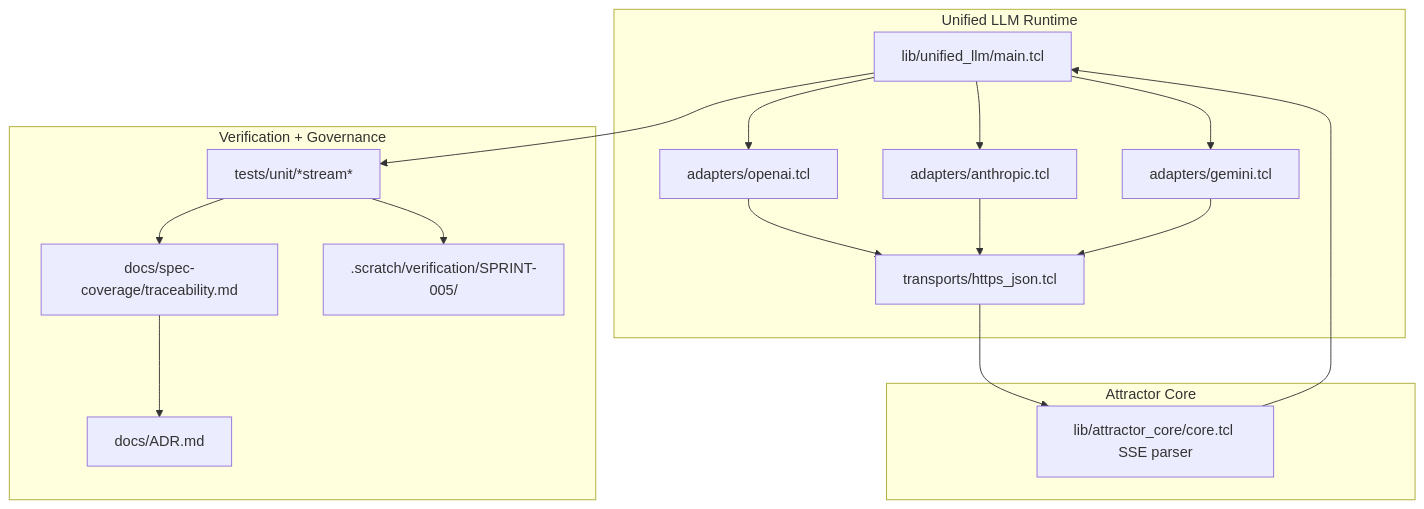
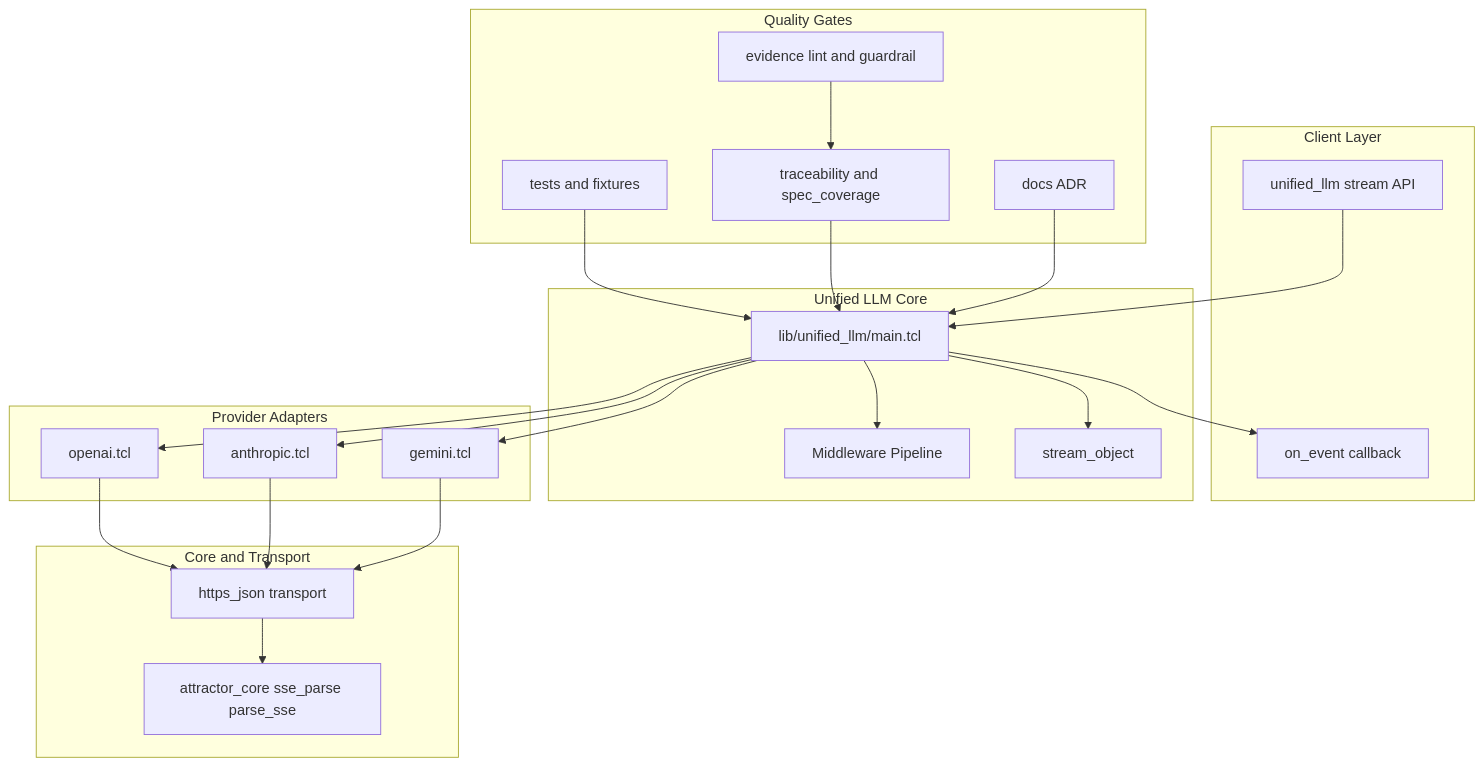
One commit to jaytaylor/attractor-tcl changed the fifth of 5 diagrams in docs/sprints/SPRINT-005-comprehensive-implementation-plan.md. Above: the diagram before and after it, drawn with Mermaid. The commit also changed other lines of this file, not shown here.

Commit message:
docs: refresh sprint 005 comprehensive implementation plan

````diff
--- a/docs/sprints/SPRINT-005-comprehensive-implementation-plan.md
+++ b/docs/sprints/SPRINT-005-comprehensive-implementation-plan.md
@@ -896,34 +545,47 @@
 ```mermaid
 flowchart TB
-  subgraph Runtime["Unified LLM Runtime"]
-    MAIN["lib/unified_llm/main.tcl"]
-    OA["adapters/openai.tcl"]
-    AN["adapters/anthropic.tcl"]
-    GE["adapters/gemini.tcl"]
-    TR["transports/https_json.tcl"]
-  end
+    subgraph Client[Client Layer]
+        API[unified_llm stream API]
+        CB[on_event callback]
+    end
 
-  subgraph Core["Attractor Core"]
-    SSE["lib/attractor_core/core.tcl SSE parser"]
-  end
+    subgraph Core[Unified LLM Core]
+        MAIN[lib/unified_llm/main.tcl]
+        MID[Middleware Pipeline]
+        OBJ[stream_object]
+    end
 
-  subgraph Quality["Verification + Governance"]
-    TESTS["tests/unit/*stream*"]
-    TRACE["docs/spec-coverage/traceability.md"]
-    ADR["docs/ADR.md"]
-    EVIDENCE[".scratch/verification/SPRINT-005/"]
-  end
+    subgraph Providers[Provider Adapters]
+        OA[openai.tcl]
+        AN[anthropic.tcl]
+        GM[gemini.tcl]
+    end
 
-  MAIN --> OA
-  MAIN --> AN
-  MAIN --> GE
-  OA --> TR
-  AN --> TR
-  GE --> TR
-  TR --> SSE
-  SSE --> MAIN
-  MAIN --> TESTS
-  TESTS --> TRACE
-  TRACE --> ADR
-  TESTS --> EVIDENCE
+    subgraph Infra[Core and Transport]
+        SSEP[attractor_core sse_parse parse_sse]
+        HTTP[https_json transport]
+    end
+
+    subgraph Quality[Quality Gates]
+        TESTS[tests and fixtures]
+        TRACE[traceability and spec_coverage]
+        EVID[evidence lint and guardrail]
+        ADR[docs ADR]
+    end
+
+    API --> MAIN
+    MAIN --> MID
+    MAIN --> OBJ
+    MAIN --> OA
+    MAIN --> AN
+    MAIN --> GM
+    OA --> HTTP
+    AN --> HTTP
+    GM --> HTTP
+    HTTP --> SSEP
+    MAIN --> CB
+    TESTS --> MAIN
+    TRACE --> MAIN
+    EVID --> TRACE
+    ADR --> MAIN
 ```
````
